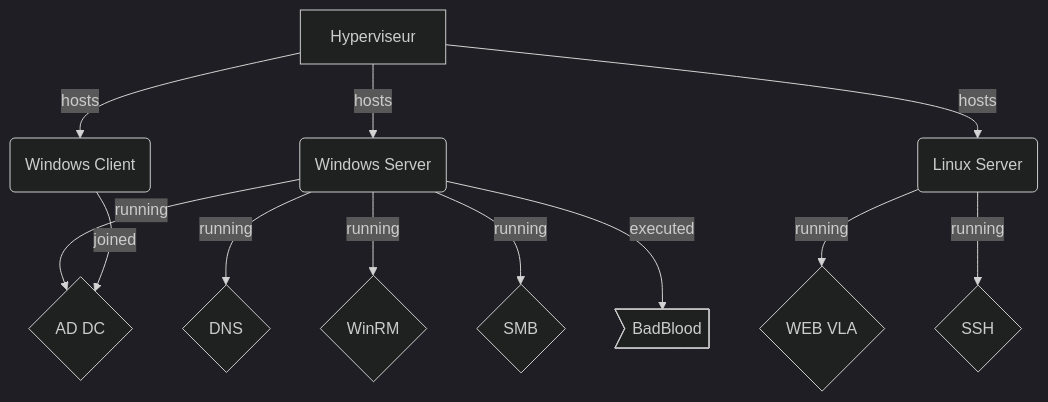
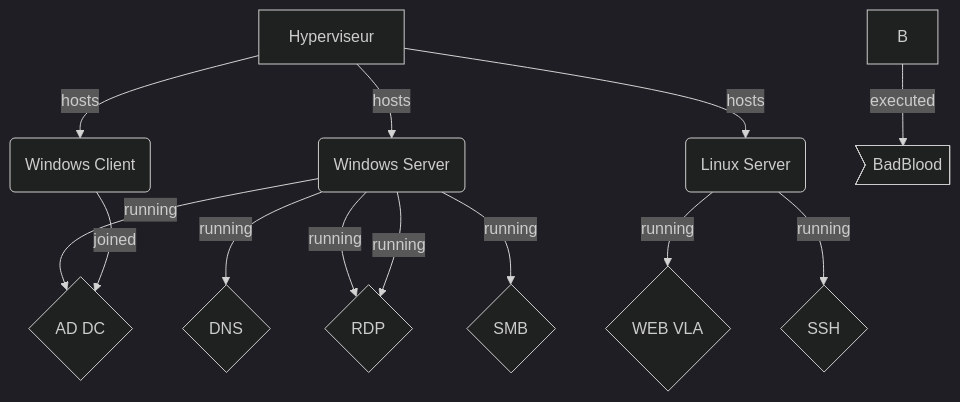
The diagram in Dojo-101-Apprentissage/10-MESP-Creation-Lab.md (Aif4thah/Dojo-101), drawn with Mermaid (dark theme) before and after one commit.

````diff
--- a/Dojo-101-Apprentissage/10-MESP-Creation-Lab.md
+++ b/Dojo-101-Apprentissage/10-MESP-Creation-Lab.md
@@ -42,18 +42,19 @@
 ```mermaid
 flowchart TD
-    A[Hyperviseur] -->|hosts| B(Windows Server)
+    A[Hyperviseur] -->|hosts| W(Windows Server)
     A --> | hosts| C(Windows Client)
-    A --> | hosts| D(Linux Server)
+    A --> | hosts| L(Linux Server)
 
-    B --> |running| Z{AD DC}
-    B --> |running| E{DNS}
-    B --> |running| F{WinRM}  
-    B --> |running| G{SMB}  
+    W --> |running| Z{AD DC}
+    W --> |running| E{DNS}
+    W --> |running| F{WinRM}
+    W --> |running| F{RDP}
+    W --> |running| G{SMB}  
 
-    D --> |running| H{WEB VLA}
-    D --> |running| I{SSH}
+    L --> |running| H{WEB VLA}
+    L --> |running| I{SSH}
 
     C --> |joined| Z
 
     B --> |executed| J>BadBlood]
 ```
````
